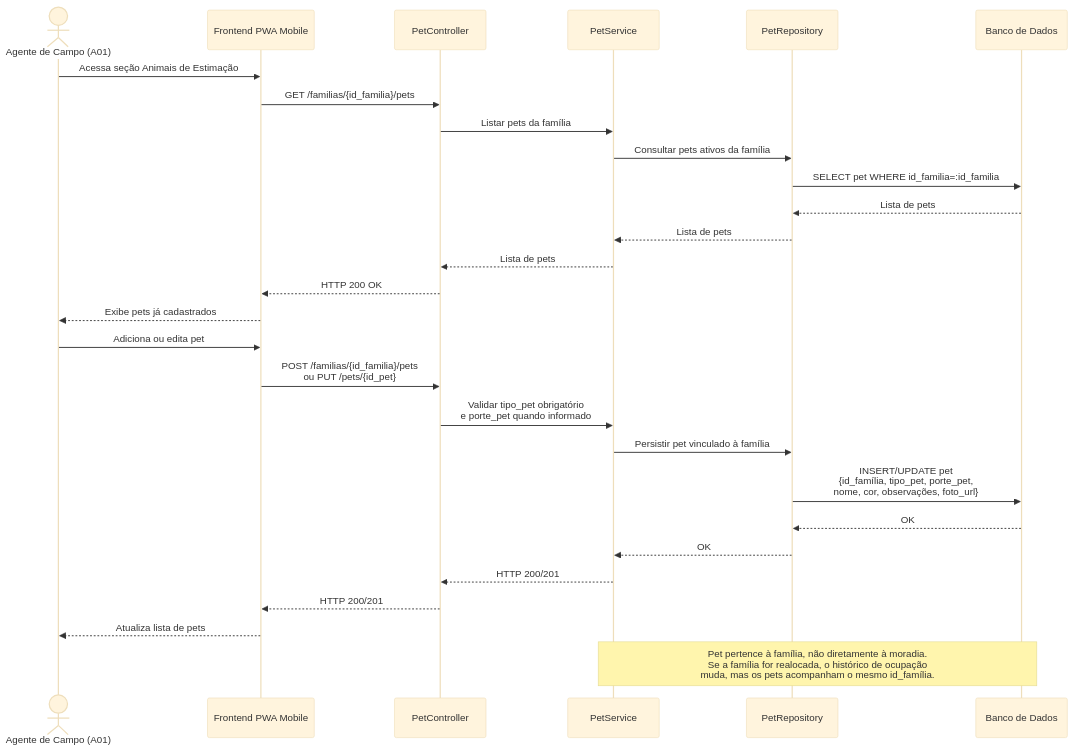
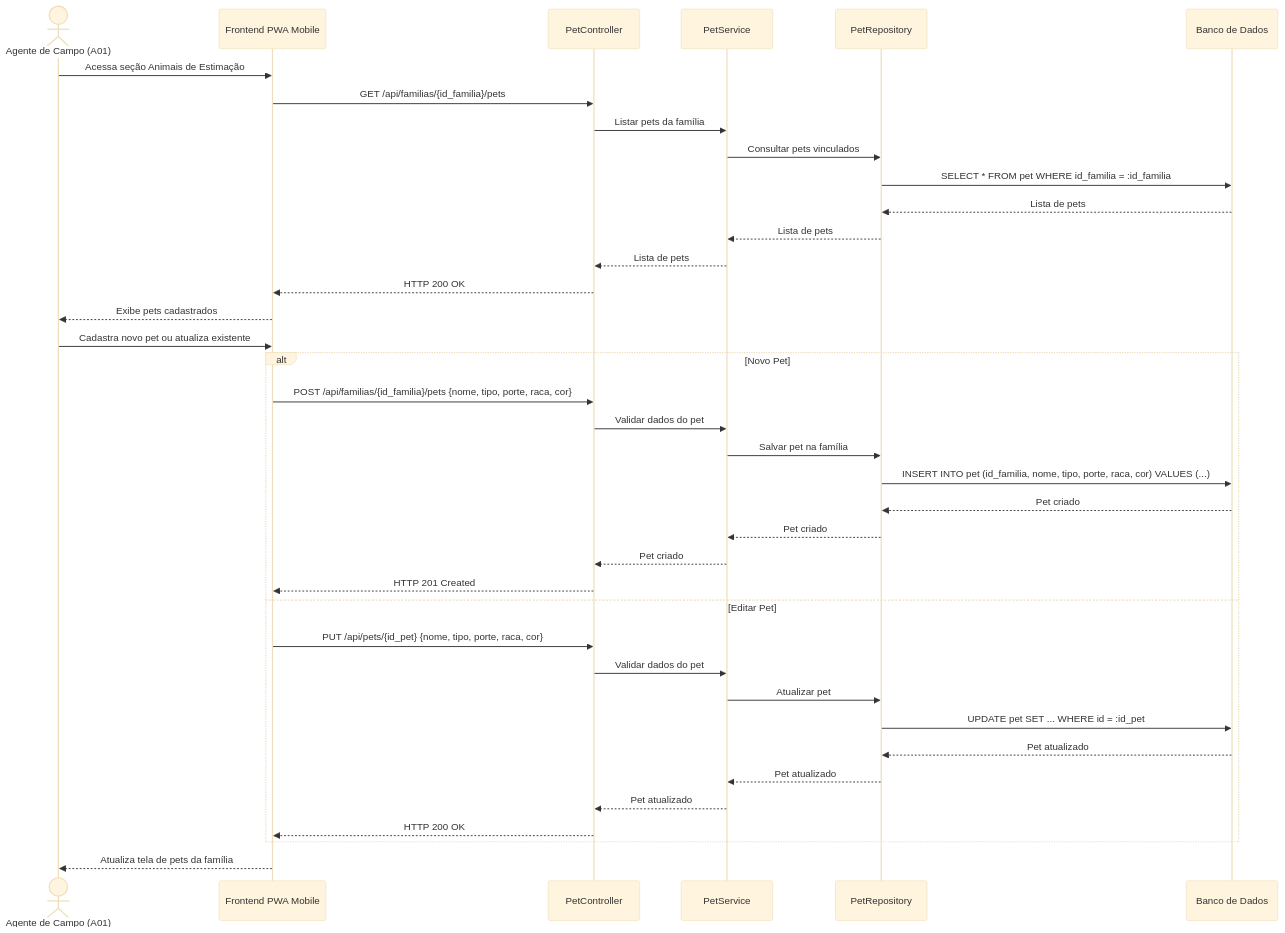
The seventh of 17 diagrams in documentos/wad.md (davitricarico-wq/g03), drawn with Mermaid (base theme) before and after one commit. The commit also changed other lines of this file, not shown here.

Commit message:
docs(#153): fl06, e fl07 e fl08 do diagrama de sequencia UML atualizado com base no backend e endpoints atuais e estrutura da sessão organizada

````diff
--- a/documentos/wad.md
+++ b/documentos/wad.md
@@ -922,33 +921,42 @@
 ```mermaid
 sequenceDiagram
     actor Agente as Agente de Campo (A01)
     participant Frontend as Frontend PWA Mobile
     participant Controller as PetController
     participant Service as PetService
     participant Repository as PetRepository
     participant DB as Banco de Dados
 
     Agente->>Frontend: Acessa seção Animais de Estimação
-    Frontend->>Controller: GET /familias/{id_familia}/pets
+    Frontend->>Controller: GET /api/familias/{id_familia}/pets
     Controller->>Service: Listar pets da família
-    Service->>Repository: Consultar pets ativos da família
-    Repository->>DB: SELECT pet WHERE id_familia=:id_familia
+    Service->>Repository: Consultar pets vinculados
+    Repository->>DB: SELECT * FROM pet WHERE id_familia = :id_familia
     DB-->>Repository: Lista de pets
     Repository-->>Service: Lista de pets
     Service-->>Controller: Lista de pets
     Controller-->>Frontend: HTTP 200 OK
-    Frontend-->>Agente: Exibe pets já cadastrados
+    Frontend-->>Agente: Exibe pets cadastrados
 
-    Agente->>Frontend: Adiciona ou edita pet
-    Frontend->>Controller: POST /familias/{id_familia}/pets<br/>ou PUT /pets/{id_pet}
-    Controller->>Service: Validar tipo_pet obrigatório<br/>e porte_pet quando informado
-    Service->>Repository: Persistir pet vinculado à família
-    Repository->>DB: INSERT/UPDATE pet<br/>{id_família, tipo_pet, porte_pet,<br/>nome, cor, observações, foto_url}
-    DB-->>Repository: OK
-    Repository-->>Service: OK
-    Service-->>Controller: HTTP 200/201
-    Controller-->>Frontend: HTTP 200/201
-    Frontend-->>Agente: Atualiza lista de pets
-
-    Note over Service,DB: Pet pertence à família, não diretamente à moradia.<br/>Se a família for realocada, o histórico de ocupação<br/>muda, mas os pets acompanham o mesmo id_família.
+    Agente->>Frontend: Cadastra novo pet ou atualiza existente
+    alt Novo Pet
+        Frontend->>Controller: POST /api/familias/{id_familia}/pets {nome, tipo, porte, raca, cor}
+        Controller->>Service: Validar dados do pet
+        Service->>Repository: Salvar pet na família
+        Repository->>DB: INSERT INTO pet (id_familia, nome, tipo, porte, raca, cor) VALUES (...)
+        DB-->>Repository: Pet criado
+        Repository-->>Service: Pet criado
+        Service-->>Controller: Pet criado
+        Controller-->>Frontend: HTTP 201 Created
+    else Editar Pet
+        Frontend->>Controller: PUT /api/pets/{id_pet} {nome, tipo, porte, raca, cor}
+        Controller->>Service: Validar dados do pet
+        Service->>Repository: Atualizar pet
+        Repository->>DB: UPDATE pet SET ... WHERE id = :id_pet
+        DB-->>Repository: Pet atualizado
+        Repository-->>Service: Pet atualizado
+        Service-->>Controller: Pet atualizado
+        Controller-->>Frontend: HTTP 200 OK
+    end
+    Frontend-->>Agente: Atualiza tela de pets da família
 ```
````
